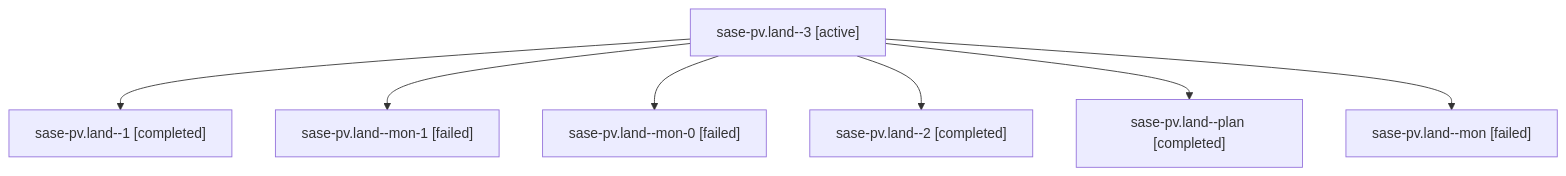
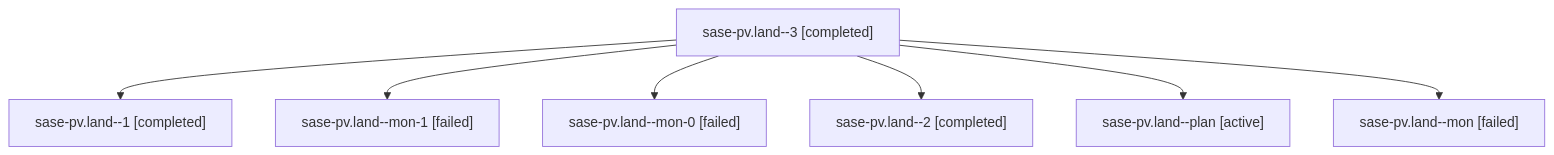
The diagram in families/bbugyi200.athena.sase-pv.land.md (sase-org/sase--agents), drawn with Mermaid before and after one commit. The commit also changed other lines of this file and 35830 other files, not shown here.

````diff
--- a/families/bbugyi200.athena.sase-pv.land.md
+++ b/families/bbugyi200.athena.sase-pv.land.md
@@ -9,16 +9,16 @@
 ```mermaid
 flowchart TD
-  n0["sase-pv.land--3 [active]"]
+  n0["sase-pv.land--3 [completed]"]
   n1["sase-pv.land--1 [completed]"]
   n0 --> n1
   n2["sase-pv.land--mon-1 [failed]"]
   n0 --> n2
   n3["sase-pv.land--mon-0 [failed]"]
   n0 --> n3
   n4["sase-pv.land--2 [completed]"]
   n0 --> n4
-  n5["sase-pv.land--plan [completed]"]
+  n5["sase-pv.land--plan [active]"]
   n0 --> n5
   n6["sase-pv.land--mon [failed]"]
   n0 --> n6
 ```
````
